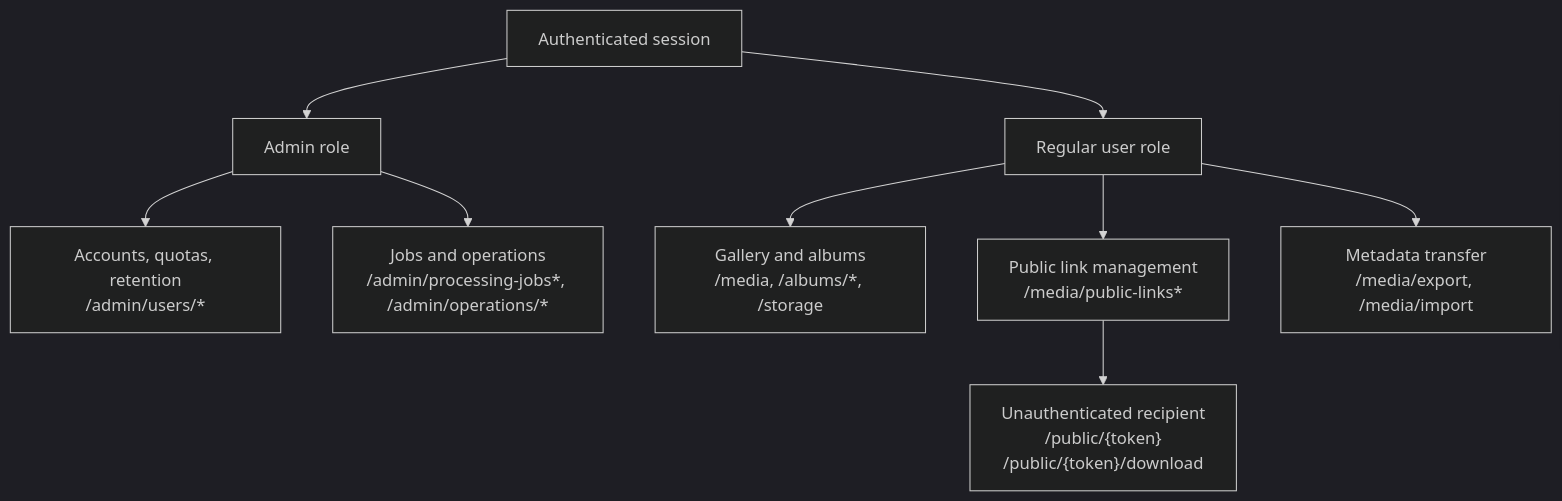
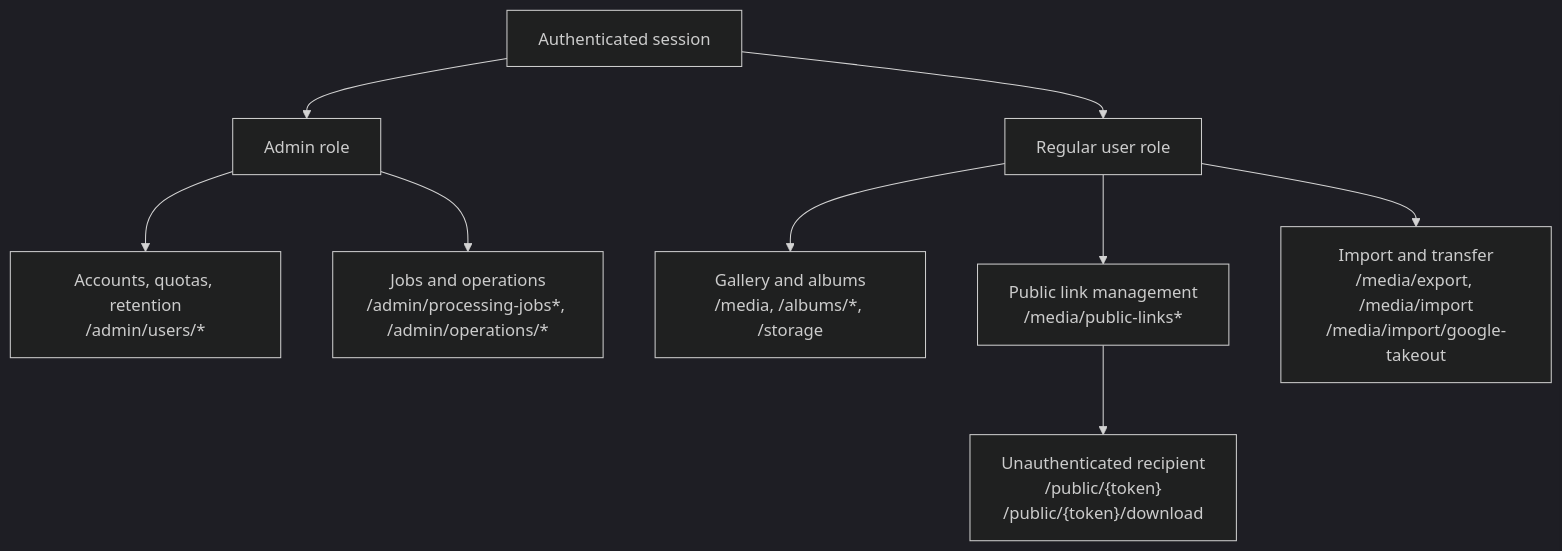
One commit to pal-paul/pal-next-gallery-server changed the fourth of 4 diagrams in docs/backend-api.md. Above: the diagram before and after it, drawn with Mermaid (dark theme). The commit also changed other lines of this file and 57 other files, not shown here.

````diff
--- a/docs/backend-api.md
+++ b/docs/backend-api.md
@@ -248,12 +277,12 @@
 ```mermaid
 flowchart TD
   S["Authenticated session"]
   S --> A["Admin role"]
   S --> R["Regular user role"]
   A --> AU["Accounts, quotas, retention<br/>/admin/users/*"]
   A --> AO["Jobs and operations<br/>/admin/processing-jobs*, /admin/operations/*"]
   R --> G["Gallery and albums<br/>/media, /albums/*, /storage"]
   R --> P["Public link management<br/>/media/public-links*"]
-  R --> T["Metadata transfer<br/>/media/export, /media/import"]
+  R --> T["Import and transfer<br/>/media/export, /media/import<br/>/media/import/google-takeout"]
   P --> X["Unauthenticated recipient<br/>/public/{token}<br/>/public/{token}/download"]
 ```
````
